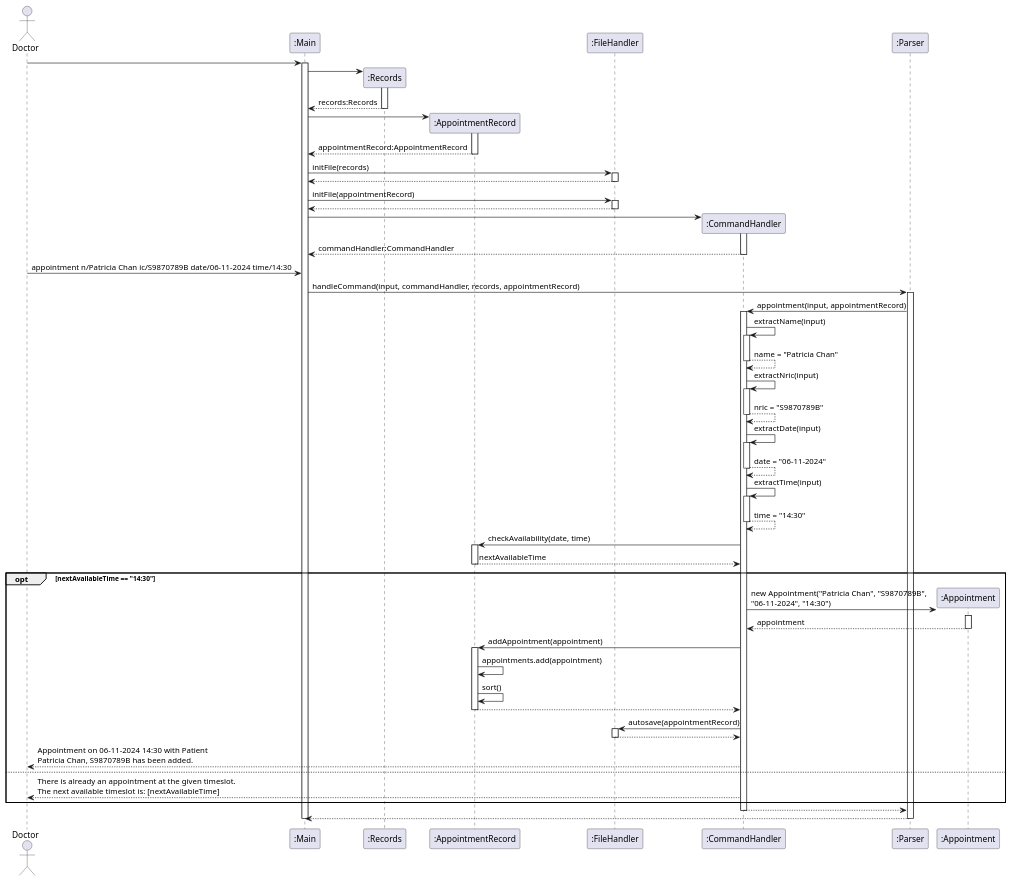
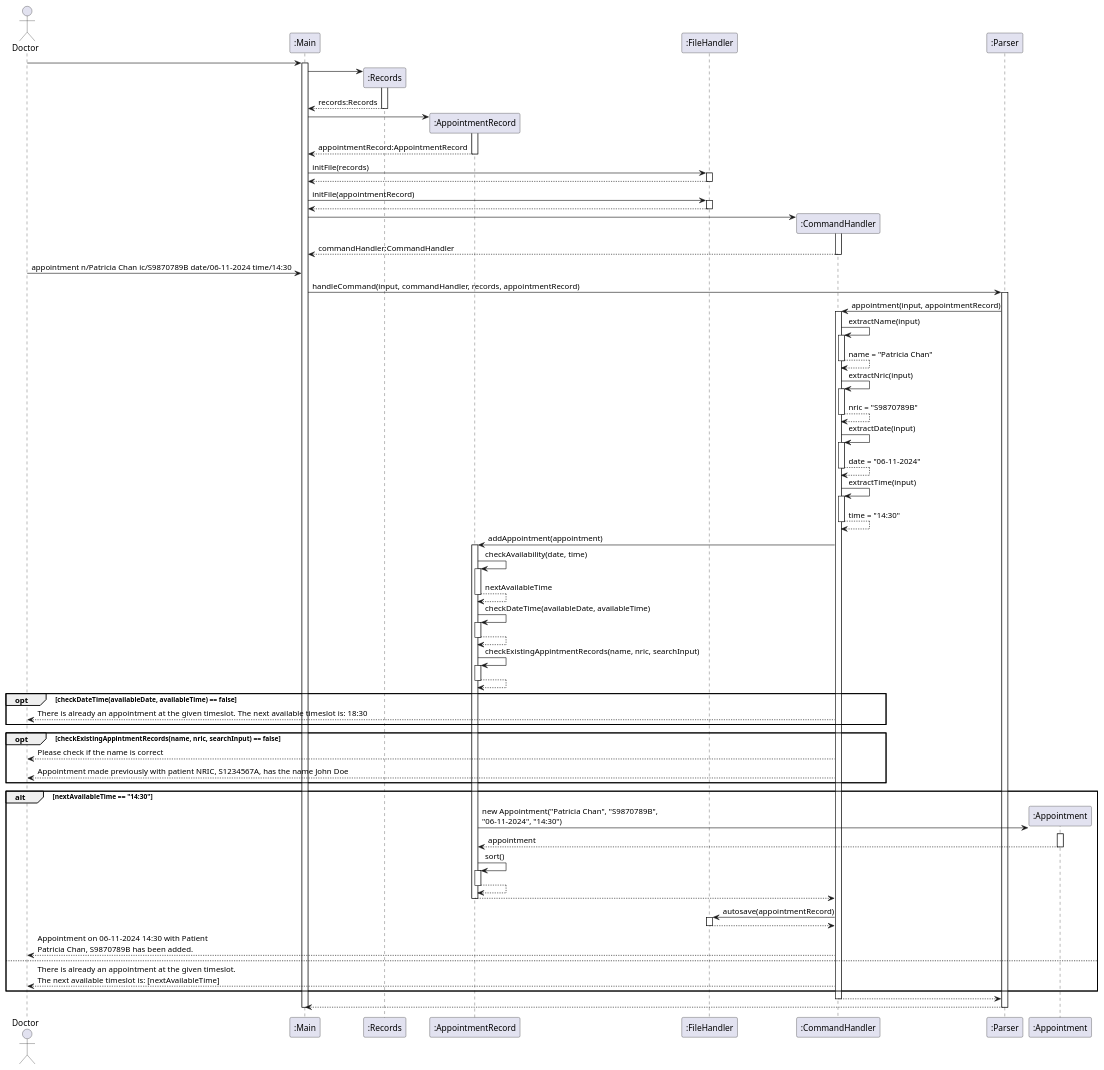
One commit to yentheng0110/tp changed the diagram in docs/NewAppointment.puml. Above: the diagram before and after it, drawn with PlantUML. The commit also changed 5 other files, not shown here.

```diff
--- a/docs/NewAppointment.puml
+++ b/docs/NewAppointment.puml
@@ -1,69 +1,83 @@
 @startuml
 'https://plantuml.com/sequence-diagram
 
 
 actor Doctor
 
 Doctor -> ":Main" ++
 ":Main" -> ":Records" **
 activate ":Records"
 ":Records" --> ":Main" --: records:Records
 
 ":Main" -> ":AppointmentRecord" **
 activate ":AppointmentRecord"
 ":AppointmentRecord" --> ":Main" --: appointmentRecord:AppointmentRecord
 
 ":Main" -> ":FileHandler" ++: initFile(records)
 ":FileHandler" --> ":Main" --
 
 ":Main" -> ":FileHandler" ++: initFile(appointmentRecord)
 ":FileHandler" --> ":Main" --
 
 ":Main" -> ":CommandHandler" **
 activate ":CommandHandler"
 ":CommandHandler" --> ":Main" --: commandHandler:CommandHandler
 
 Doctor -> ":Main": appointment n/Patricia Chan ic/S9870789B date/06-11-2024 time/14:30
 
 ":Main" -> ":Parser" ++: handleCommand(input, commandHandler, records, appointmentRecord)
 ":Parser" -> ":CommandHandler" ++: appointment(input, appointmentRecord)
 
 ":CommandHandler" -> ":CommandHandler" ++: extractName(input)
 ":CommandHandler" --> ":CommandHandler" --: name = "Patricia Chan"
 
 ":CommandHandler" -> ":CommandHandler" ++: extractNric(input)
 ":CommandHandler" --> ":CommandHandler" --: nric = "S9870789B"
 
 ":CommandHandler" -> ":CommandHandler" ++: extractDate(input)
 ":CommandHandler" --> ":CommandHandler" --: date = "06-11-2024"
 
 ":CommandHandler" -> ":CommandHandler" ++: extractTime(input)
 ":CommandHandler" --> ":CommandHandler" --: time = "14:30"
 
-":CommandHandler" -> ":AppointmentRecord" ++: checkAvailability(date, time)
-":AppointmentRecord" --> ":CommandHandler" --: nextAvailableTime
+":CommandHandler" -> ":AppointmentRecord" ++: addAppointment(appointment)
+":AppointmentRecord" -> ":AppointmentRecord" ++: checkAvailability(date, time)
+":AppointmentRecord" --> ":AppointmentRecord" --: nextAvailableTime
+":AppointmentRecord" -> ":AppointmentRecord" ++: checkDateTime(availableDate, availableTime)
+":AppointmentRecord" --> ":AppointmentRecord" --:
+":AppointmentRecord" -> ":AppointmentRecord" ++: checkExistingAppintmentRecords(name, nric, searchInput)
+":AppointmentRecord" --> ":AppointmentRecord" --:
 
-opt nextAvailableTime == "14:30"
+opt checkDateTime(availableDate, availableTime) == false
+    Doctor <-- ":CommandHandler": There is already an appointment at the given timeslot. The next available timeslot is: 18:30
+    end
+
+opt checkExistingAppintmentRecords(name, nric, searchInput) == false
+    Doctor <-- ":CommandHandler":Please check if the name is correct
+    Doctor <-- ":CommandHandler":Appointment made previously with patient NRIC, S1234567A, has the name John Doe
+    end
+
+alt nextAvailableTime == "14:30"
     create ":Appointment"
-    ":CommandHandler" -> ":Appointment" **: new Appointment("Patricia Chan", "S9870789B",\n"06-11-2024", "14:30")
+    ":AppointmentRecord" -> ":Appointment" **: new Appointment("Patricia Chan", "S9870789B",\n"06-11-2024", "14:30")
     activate ":Appointment"
-    ":Appointment" --> ":CommandHandler" --: appointment
+    ":Appointment" --> ":AppointmentRecord" --: appointment
 
-    ":CommandHandler" -> ":AppointmentRecord" ++: addAppointment(appointment)
-    ":AppointmentRecord" -> ":AppointmentRecord": appointments.add(appointment)
-    ":AppointmentRecord" -> ":AppointmentRecord": sort()
-    return
+    ":AppointmentRecord" -> ":AppointmentRecord" ++: sort()
+    ":AppointmentRecord" --> ":AppointmentRecord" --:
+
+    ":AppointmentRecord" --> ":CommandHandler" --:
 
     ":CommandHandler" -> ":FileHandler" ++: autosave(appointmentRecord)
     return
 
     Doctor <-- ":CommandHandler": Appointment on 06-11-2024 14:30 with Patient\nPatricia Chan, S9870789B has been added.
 else
     Doctor <-- ":CommandHandler": There is already an appointment at the given timeslot.\nThe next available timeslot is: [nextAvailableTime]
 end
 
 ":CommandHandler" --> ":Parser" --
 ":Parser" --> ":Main" --
 deactivate ":Main"
 
 @enduml
```
